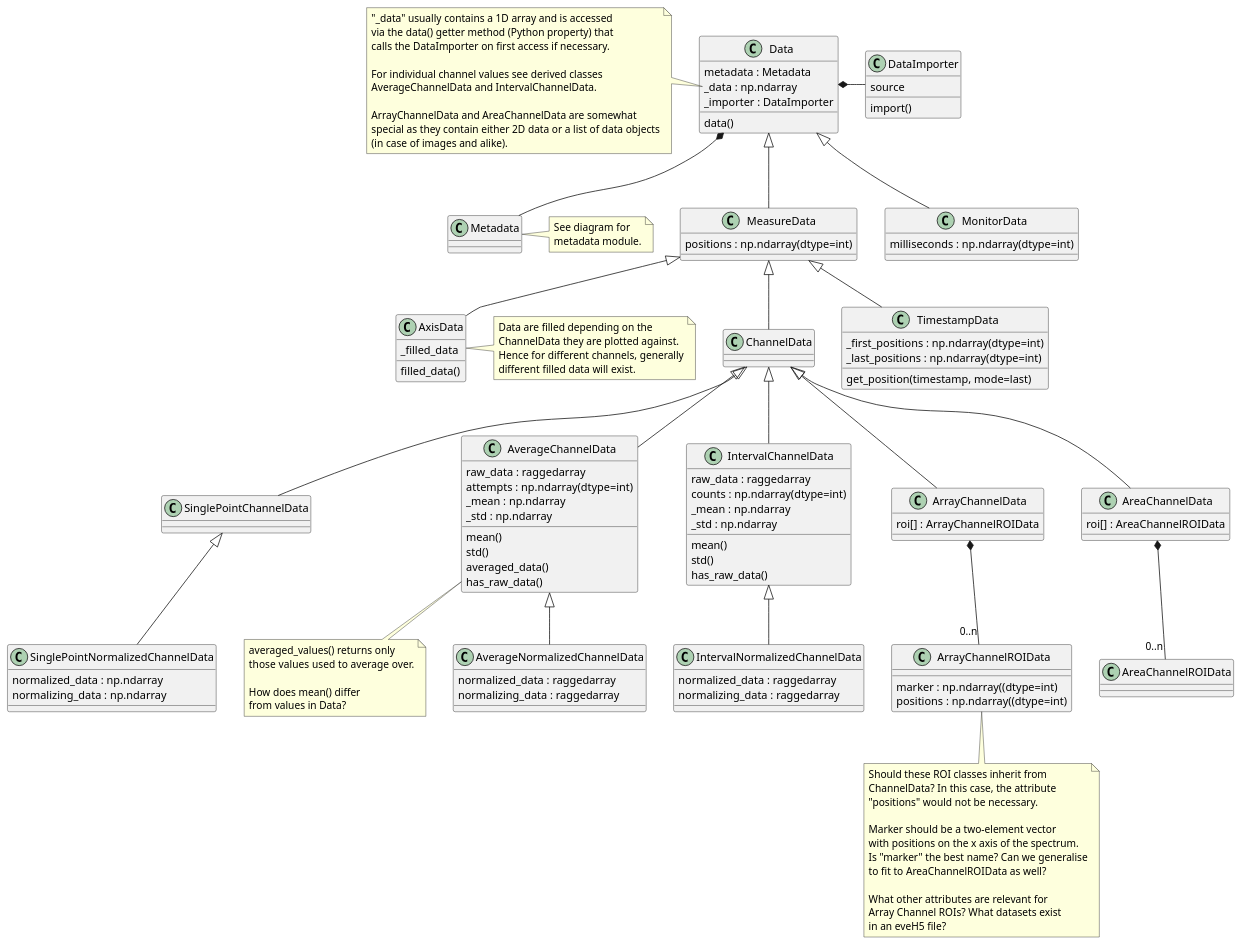
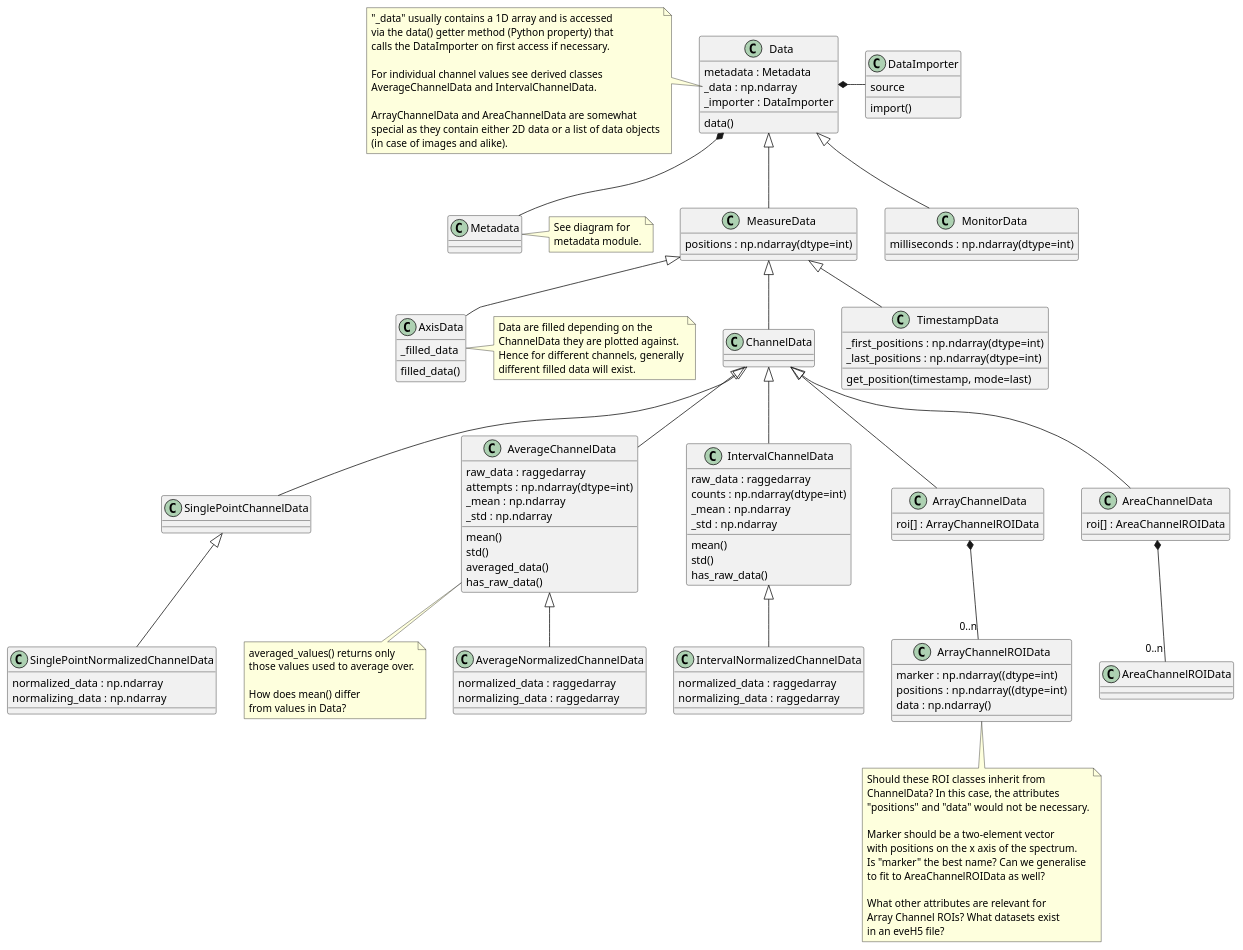
Before and after one commit to tillbiskup/evedata: the diagram in docs/uml/evedata.evefile.data.puml, drawn with PlantUML. The commit also changed 5 other files, not shown here.

Commit message:
Update eveH5 scheme: new axisdata dataset; UML cleanup for evefile.data; some more thoughts on architecture

```diff
--- a/docs/uml/evedata.evefile.data.puml
+++ b/docs/uml/evedata.evefile.data.puml
@@ -1,143 +1,144 @@
 @startuml
 'skinparam dpi 150
 
 class Data {
     metadata : Metadata
     _data : np.ndarray
     _importer : DataImporter
     data()
 }
 note left of Data::_data
     "_data" usually contains a 1D array and is accessed
     via the data() getter method (Python property) that
     calls the DataImporter on first access if necessary.
 
     For individual channel values see derived classes
     AverageChannelData and IntervalChannelData.
 
     ArrayChannelData and AreaChannelData are somewhat
     special as they contain either 2D data or a list of data objects
     (in case of images and alike).
 end note
 
 class DataImporter {
     source
     import()
 }
 
 class Metadata {
 }
 note right: See diagram for\nmetadata module.
 
 Data *- DataImporter
 Data *-- Metadata
 
 class MeasureData extends Data {
     {field} positions : np.ndarray(dtype=int)
 }
 
 class MonitorData extends Data {
     {field} milliseconds : np.ndarray(dtype=int)
 }
 
 class AxisData extends MeasureData {
     _filled_data
     filled_data()
 }
 note right of AxisData
     Data are filled depending on the
     ChannelData they are plotted against.
     Hence for different channels, generally
     different filled data will exist.
 endnote
 
 class ChannelData extends MeasureData {
 }
 
 class TimestampData extends MeasureData {
     {field} _first_positions : np.ndarray(dtype=int)
     {field} _last_positions : np.ndarray(dtype=int)
     get_position(timestamp, mode=last)
 }
 
 class SinglePointChannelData extends ChannelData {}
 
 class SinglePointNormalizedChannelData extends SinglePointChannelData {
     normalized_data : np.ndarray
     normalizing_data : np.ndarray
 }
 
 class AverageChannelData extends ChannelData {
     raw_data : raggedarray
     {field} attempts : np.ndarray(dtype=int)
     _mean : np.ndarray
     _std : np.ndarray
     mean()
     std()
     averaged_data()
     has_raw_data()
 }
 note bottom of AverageChannelData
     averaged_values() returns only
     those values used to average over.
 
     How does mean() differ
     from values in Data?
 end note
 
 class AverageNormalizedChannelData extends AverageChannelData {
     normalized_data : raggedarray
     normalizing_data : raggedarray
 }
 
 
 class IntervalChannelData extends ChannelData {
     raw_data : raggedarray
     {field} counts : np.ndarray(dtype=int)
     _mean : np.ndarray
     _std : np.ndarray
     mean()
     std()
     has_raw_data()
 }
 
 class IntervalNormalizedChannelData extends IntervalChannelData {
     normalized_data : raggedarray
     normalizing_data : raggedarray
 }
 
 class ArrayChannelData extends ChannelData {
     roi[] : ArrayChannelROIData
 }
 
 ArrayChannelData *-- "0..n" ArrayChannelROIData
 
 class ArrayChannelROIData {
-    marker : np.ndarray((dtype=int)
-    positions : np.ndarray((dtype=int)
+    {field} marker : np.ndarray((dtype=int)
+    {field} positions : np.ndarray((dtype=int)
+    {field} data : np.ndarray()
 }
 note bottom of ArrayChannelROIData
     Should these ROI classes inherit from
-    ChannelData? In this case, the attribute
-    "positions" would not be necessary.
+    ChannelData? In this case, the attributes
+    "positions" and "data" would not be necessary.
 
     Marker should be a two-element vector
     with positions on the x axis of the spectrum.
     Is "marker" the best name? Can we generalise
     to fit to AreaChannelROIData as well?
 
     What other attributes are relevant for
     Array Channel ROIs? What datasets exist
     in an eveH5 file?
 endnote
 
 class AreaChannelData extends ChannelData {
     roi[] : AreaChannelROIData
 }
 
 AreaChannelData *-- "0..n" AreaChannelROIData
 
 class AreaChannelROIData {
 }
 
 @enduml
```
